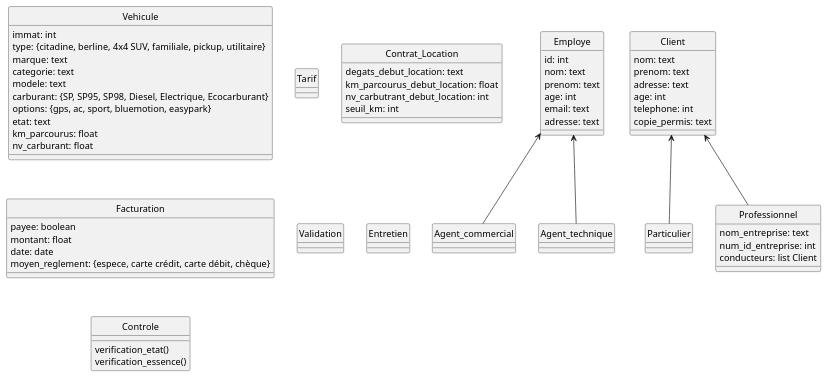
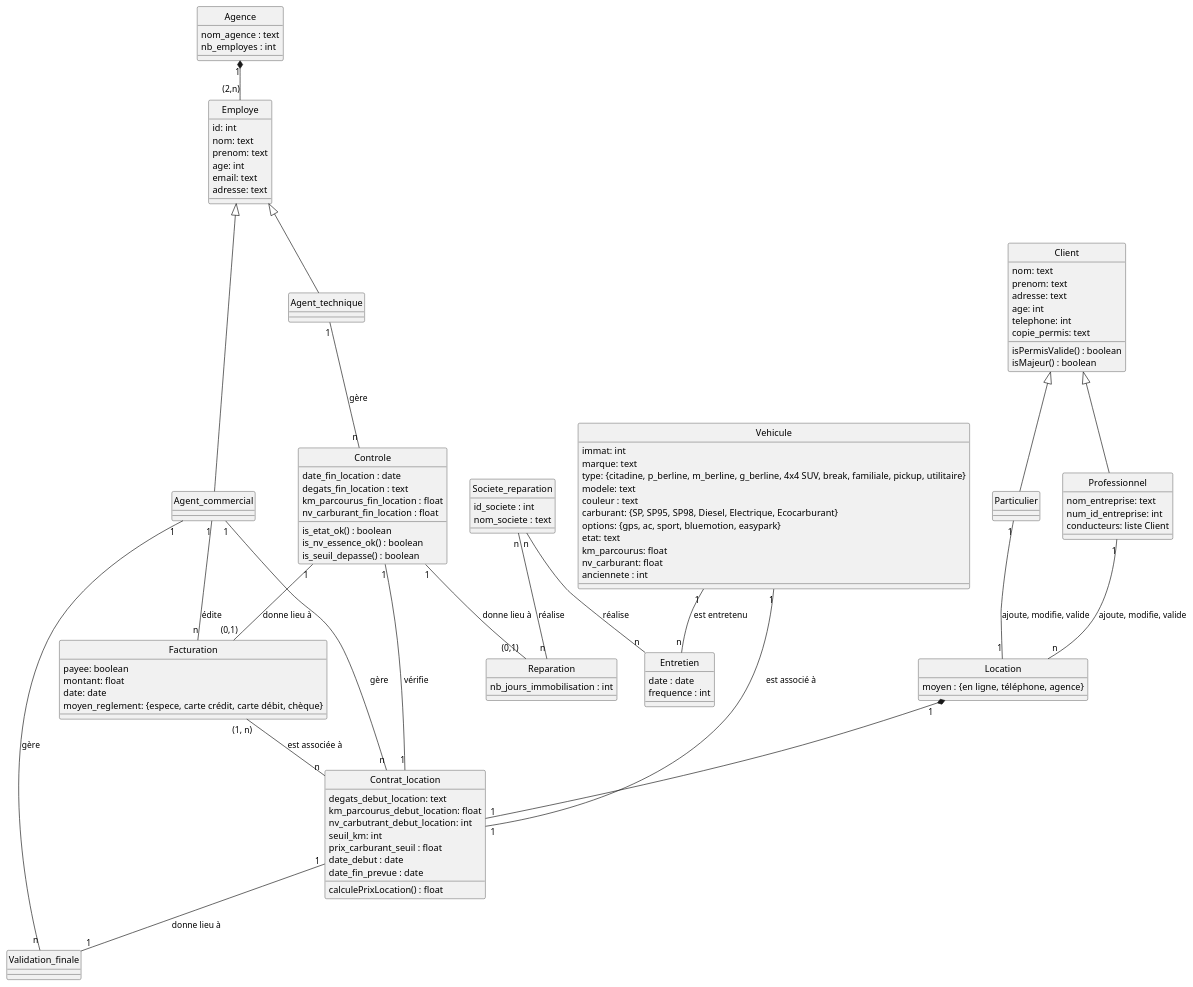
The diagram in MCD.plantuml (fouany/BDD-NF17), drawn with PlantUML before and after one commit.

```diff
--- a/MCD.plantuml
+++ b/MCD.plantuml
@@ -1,93 +1,136 @@
 @startuml
 hide circle
 
 class Vehicule{
   immat: int
-  type: {citadine, berline, 4x4 SUV, familiale, pickup, utilitaire}
   marque: text
-  categorie: text
+  type: {citadine, p_berline, m_berline, g_berline, 4x4 SUV, break, familiale, pickup, utilitaire}
   modele: text
+  couleur : text
   carburant: {SP, SP95, SP98, Diesel, Electrique, Ecocarburant}
   options: {gps, ac, sport, bluemotion, easypark}
   etat: text
   km_parcourus: float
   nv_carburant: float
+  anciennete : int
+}
+
+class Agence{
+  nom_agence : text
+  nb_employes : int
 }
 
 class Employe{
   id: int
   nom: text
   prenom: text
   age: int
   email: text
   adresse: text
 }
 
-class Agent_commercial{
-  
-}
+class Agent_commercial{}
 
-class Agent_technique{
-  
+class Agent_technique{}
+
+class Societe_reparation{
+  id_societe : int
+  nom_societe : text
 }
 
 class Client{
   nom: text
   prenom: text
   adresse: text
   age: int
   telephone: int
   copie_permis: text
-  
+  isPermisValide() : boolean
+  isMajeur() : boolean 
 }
 
-class Particulier{
-}
+class Particulier{}
 
 class Professionnel{
   nom_entreprise: text
   num_id_entreprise: int
-  conducteurs: list Client
+  conducteurs: liste Client
 }
 
-class Tarif{
-  
+class Location{
+  moyen : {en ligne, téléphone, agence}
 }
 
-class Contrat_Location{
+class Contrat_location{
   degats_debut_location: text
   km_parcourus_debut_location: float
   nv_carbutrant_debut_location: int
   seuil_km: int
+  prix_carburant_seuil : float
+  date_debut : date
+  date_fin_prevue : date
+  calculePrixLocation() : float
 }
 
 class Facturation{
   payee: boolean
   montant: float
   date: date
   moyen_reglement: {espece, carte crédit, carte débit, chèque}
 }
 
-class Validation{
-  
-}
+class Validation_finale{}
 
 class Entretien{
-  
+  date : date
+  frequence : int
 }
 
 class Controle{
-  verification_etat()
-  verification_essence()
+  date_fin_location : date
+  degats_fin_location : text
+  km_parcourus_fin_location : float
+  nv_carburant_fin_location : float
+  is_etat_ok() : boolean 
+  is_nv_essence_ok() : boolean
+  is_seuil_depasse() : boolean
 }
-  
 
-Employe <-- Agent_technique
-Employe <-- Agent_commercial
+class Reparation{
+  nb_jours_immobilisation : int
+}
 
-Client <-- Particulier
-Client <-- Professionnel
-  
+Location "1" *-- "1" Contrat_location
+Agence "1" *-- "(2,n)" Employe
 
 
+Employe <|-- Agent_technique
+Employe <|-- Agent_commercial
+
+Client <|-- Particulier
+Client <|-- Professionnel
+
+Particulier "1" -- "1" Location : ajoute, modifie, valide
+Professionnel "1" -- "n" Location : ajoute, modifie, valide
+
+Agent_commercial "1" -- "n" Contrat_location : gère 
+Agent_commercial "1" -- "n" Facturation : édite
+Agent_commercial "1" -- "n" Validation_finale : gère
+
+Agent_technique "1" -- "n" Controle : gère
+
+Contrat_location "1" -- "1" Validation_finale : donne lieu à
+
+Vehicule "1" -- "1" Contrat_location : est associé à  
+Vehicule "1" -- "n" Entretien : est entretenu
+
+Facturation "(1, n)" -- "n" Contrat_location : est associée à
+
+Controle "1" -- "1" Contrat_location : vérifie
+Controle "1" -- "(0,1)" Reparation : donne lieu à 
+Controle "1" -- "(0,1)" Facturation : donne lieu à 
+
+Societe_reparation "n" -- "n" Entretien : réalise
+Societe_reparation "n" -- "n" Reparation : réalise
+
 @enduml
```
